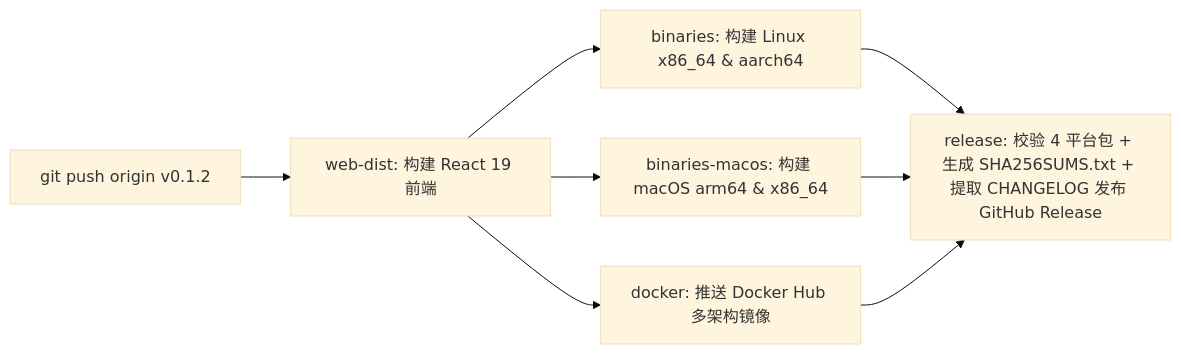
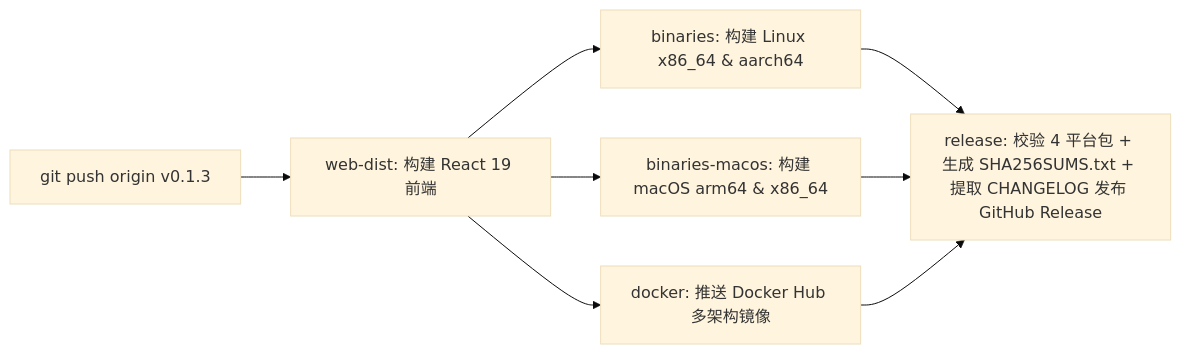
The diagram in docs/zh/reference/releasing.md (ElleryHe/FeedCourier), drawn with Mermaid (base theme) before and after one commit. The commit also changed other lines of this file and 66 other files, not shown here.

````diff
--- a/docs/zh/reference/releasing.md
+++ b/docs/zh/reference/releasing.md
@@ -31,8 +35,8 @@
 ```mermaid
 flowchart LR
-    Tag["git push origin v0.1.2"] --> Web["web-dist: 构建 React 19 前端"]
+    Tag["git push origin v0.1.3"] --> Web["web-dist: 构建 React 19 前端"]
     Web --> Linux["binaries: 构建 Linux x86_64 & aarch64"]
     Web --> Mac["binaries-macos: 构建 macOS arm64 & x86_64"]
     Web --> Docker["docker: 推送 Docker Hub 多架构镜像"]
     Linux & Mac & Docker --> Rel["release: 校验 4 平台包 + 生成 SHA256SUMS.txt + 提取 CHANGELOG 发布 GitHub Release"]
 ```
````
